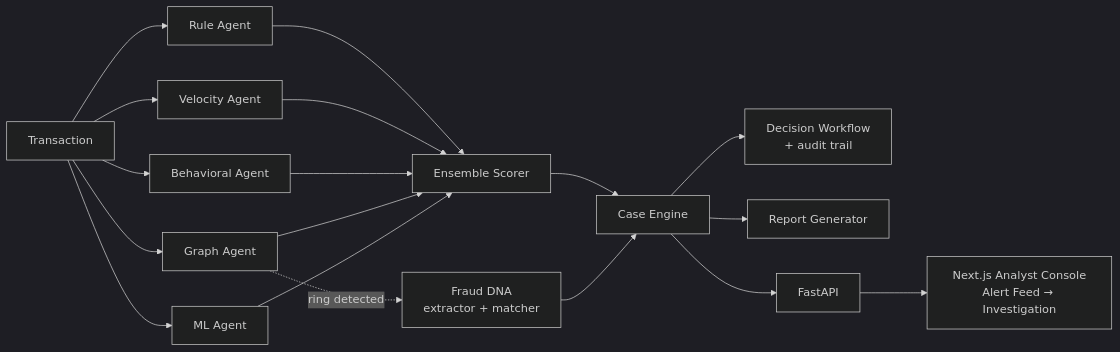
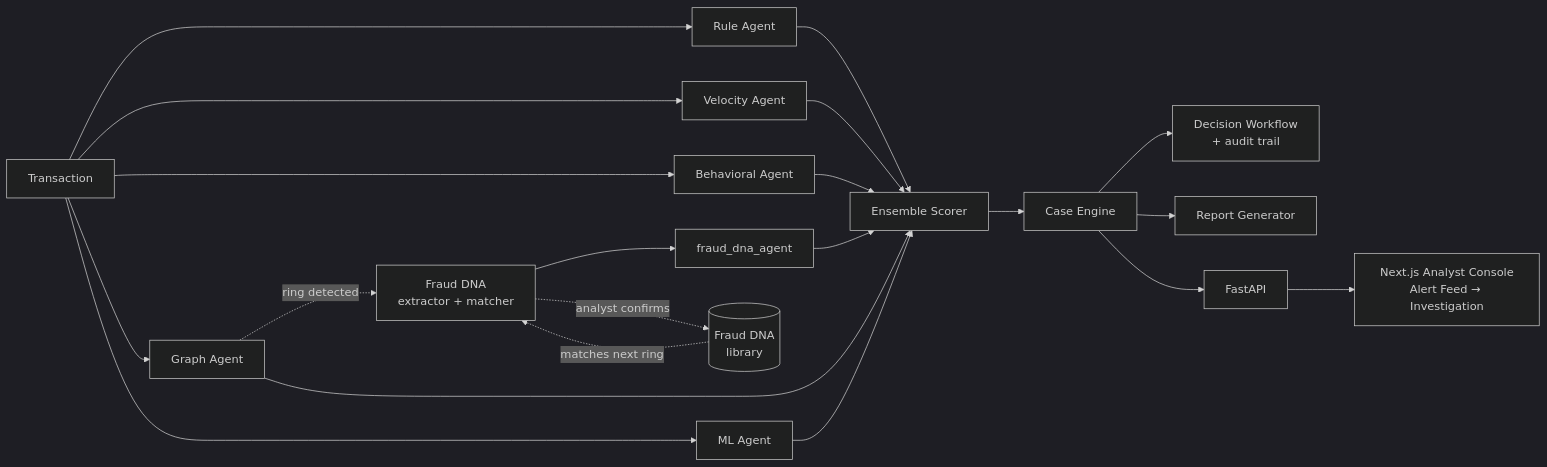
Before and after one commit to aahil62/SHIH_TID_445_TEAM_PHOENIX: the diagram in README.md, drawn with Mermaid (dark theme). The commit also changed other lines of this file and 3 other files, not shown here.

````diff
--- a/README.md
+++ b/README.md
@@ -60,16 +85,18 @@
 ```mermaid
 flowchart LR
     T[Transaction] --> R[Rule Agent]
     T --> V[Velocity Agent]
     T --> B[Behavioral Agent]
     T --> G[Graph Agent]
     T --> M[ML Agent]
-    R & V & B & G & M --> E[Ensemble Scorer]
+    G -.ring detected.-> D[Fraud DNA<br/>extractor + matcher]
+    D --> DA[fraud_dna_agent]
+    R & V & B & G & M & DA --> E[Ensemble Scorer]
     E --> C[Case Engine]
-    G -.ring detected.-> D[Fraud DNA<br/>extractor + matcher]
-    D --> C
+    D -.analyst confirms.-> LIB[(Fraud DNA<br/>library)]
+    LIB -.matches next ring.-> D
     C --> W[Decision Workflow<br/>+ audit trail]
     C --> RPT[Report Generator]
     C --> API[FastAPI]
     API --> FE[Next.js Analyst Console<br/>Alert Feed → Investigation]
 ```
````
